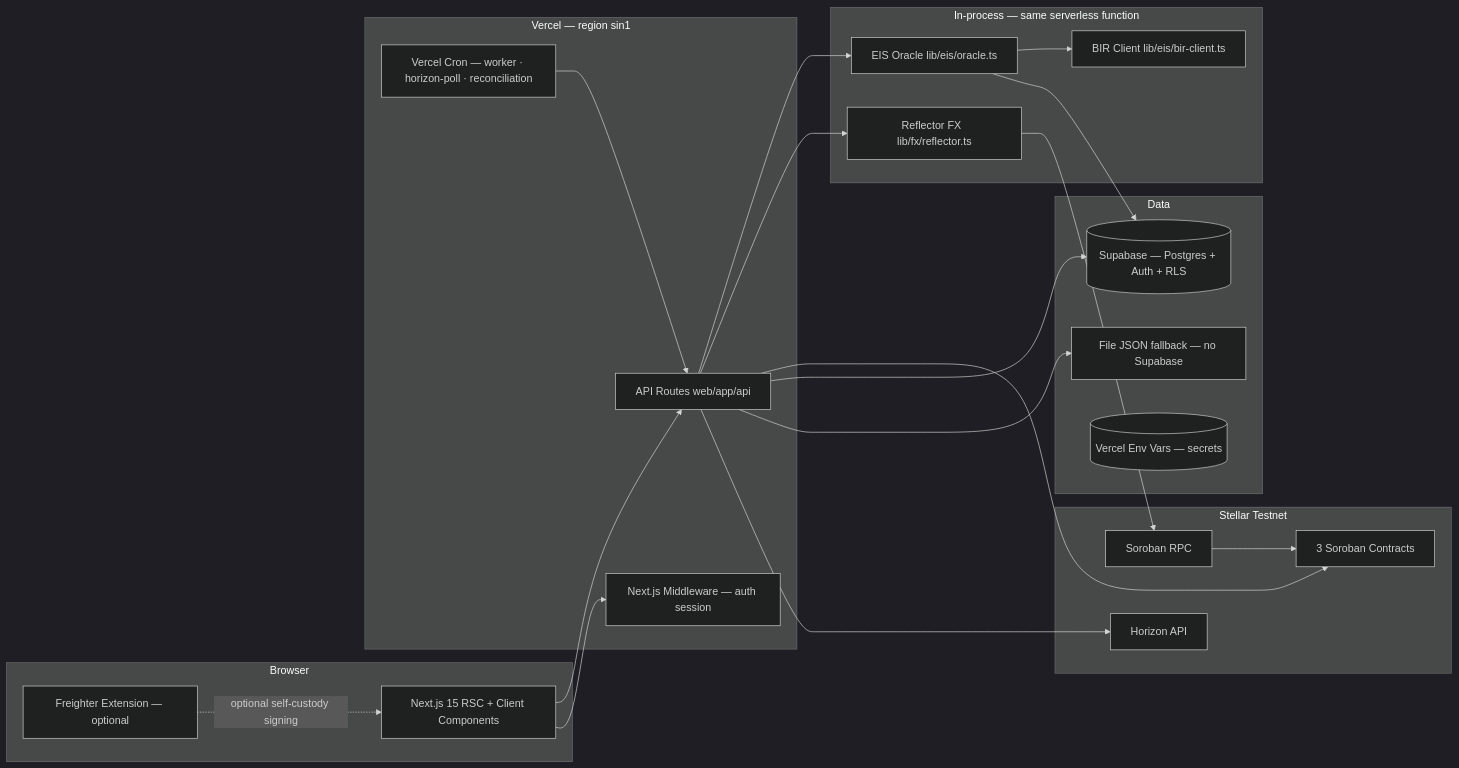
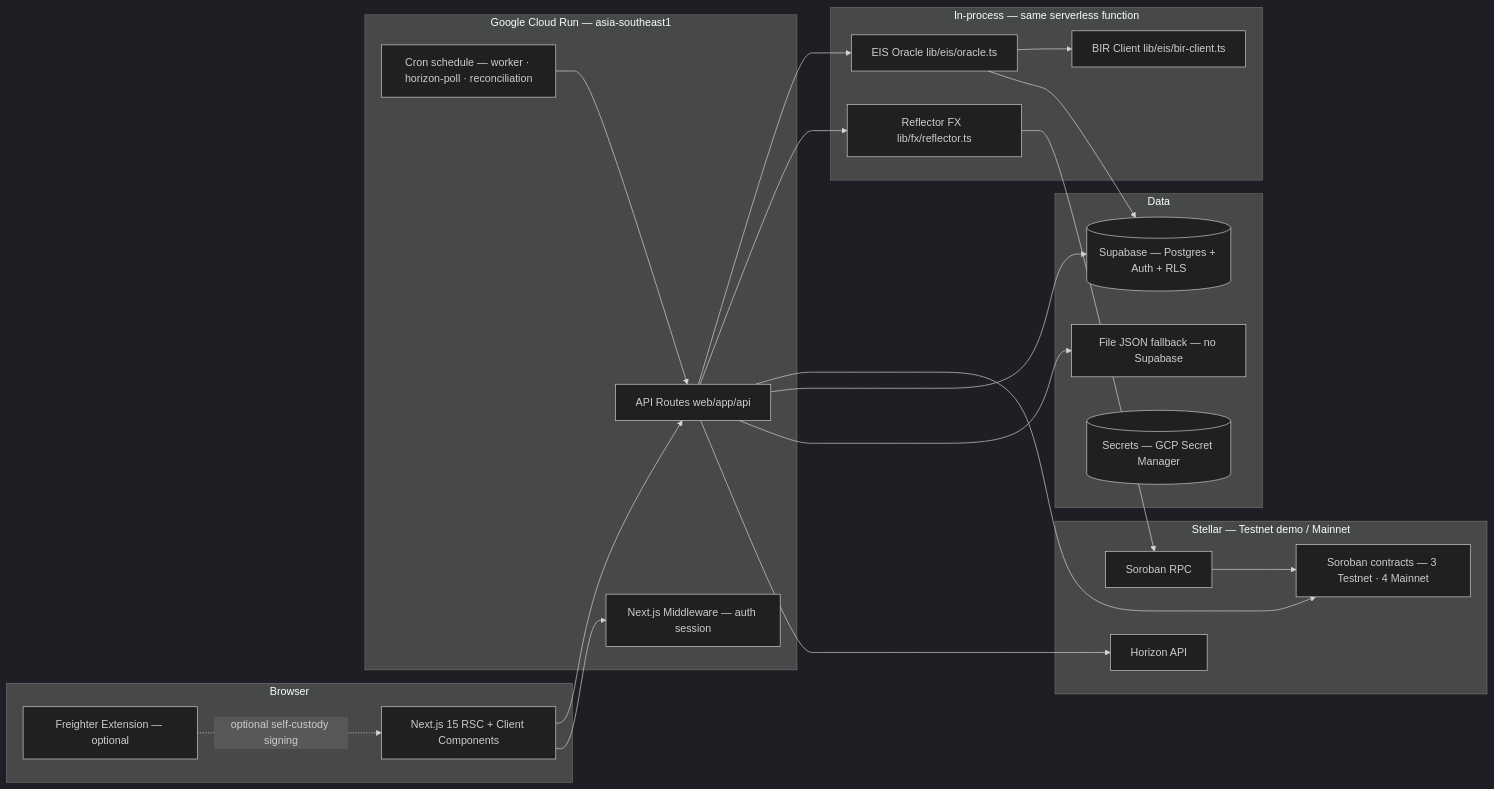
The second of 2 diagrams in docs/sdd-axial.md (Axon-Enjin/axial), drawn with Mermaid (dark theme) before and after one commit. The commit also changed other lines of this file and 8 other files, not shown here.

````diff
--- a/docs/sdd-axial.md
+++ b/docs/sdd-axial.md
@@ -111,46 +111,46 @@
 ```mermaid
 graph LR
   subgraph client [Browser]
     Web[Next.js 15 RSC + Client Components]
     Freighter[Freighter Extension — optional]
   end
 
-  subgraph vercel [Vercel — region sin1]
+  subgraph host [Google Cloud Run — asia-southeast1]
     Routes[API Routes  web/app/api]
     Middleware[Next.js Middleware — auth session]
-    Cron[Vercel Cron — worker · horizon-poll · reconciliation]
+    Cron[Cron schedule — worker · horizon-poll · reconciliation]
   end
 
   subgraph inprocess [In-process — same serverless function]
     Oracle[EIS Oracle  lib/eis/oracle.ts]
     BirClient[BIR Client  lib/eis/bir-client.ts]
     FxOracle[Reflector FX  lib/fx/reflector.ts]
   end
 
-  subgraph chain [Stellar Testnet]
-    Soroban[3 Soroban Contracts]
+  subgraph chain [Stellar — Testnet demo / Mainnet]
+    Soroban[Soroban contracts — 3 Testnet · 4 Mainnet]
     RPC[Soroban RPC]
     Horizon[Horizon API]
   end
 
   subgraph data [Data]
     Supabase[(Supabase — Postgres + Auth + RLS)]
     FileStore[File JSON fallback — no Supabase]
-    EnvVars[(Vercel Env Vars — secrets)]
+    EnvVars[(Secrets — GCP Secret Manager)]
   end
 
   Web --> Routes
   Web --> Middleware
   Freighter -.->|optional self-custody signing| Web
   Routes --> Oracle
   Routes --> FxOracle
   Oracle --> BirClient
   Routes --> Soroban
   RPC --> Soroban
   Cron --> Routes
   Routes --> Supabase
   Routes --> FileStore
   Oracle --> Supabase
   FxOracle --> RPC
   Routes --> Horizon
 ```
````
